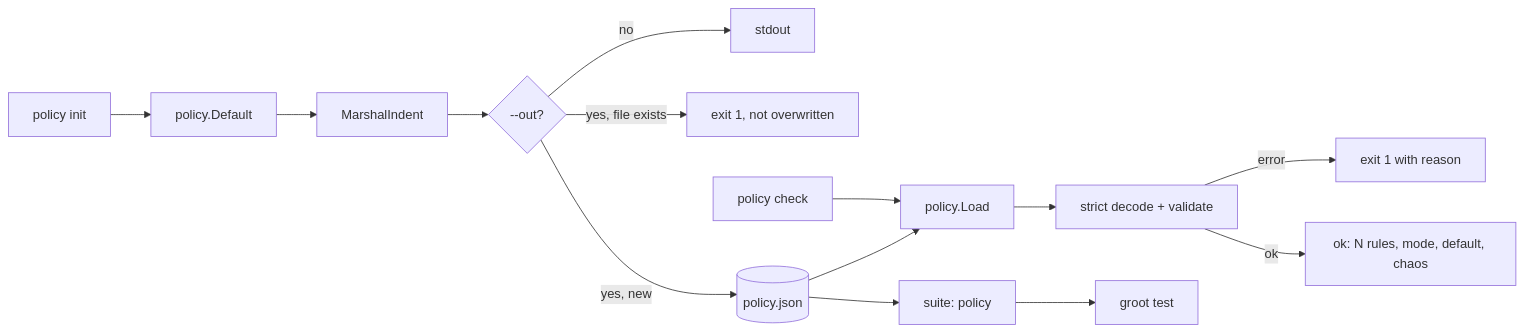
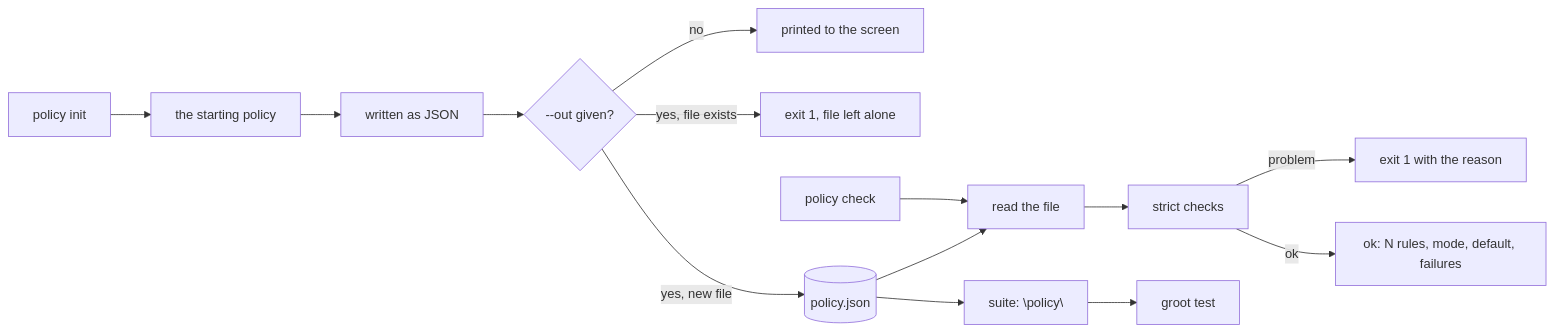
Before and after one commit to attckus/attckus: the diagram in docs/design/policy.md, drawn with Mermaid. The commit also changed other lines of this file and 9 other files, not shown here.

````diff
--- a/docs/design/policy.md
+++ b/docs/design/policy.md
@@ -16,15 +23,15 @@
 ```mermaid
 flowchart LR
-  init[policy init] --> def[policy.Default]
-  def --> json[MarshalIndent]
-  json --> dest{--out?}
-  dest -- no --> stdout
-  dest -- yes, file exists --> refuse[exit 1, not overwritten]
-  dest -- yes, new --> file[(policy.json)]
-  check[policy check] --> load[policy.Load]
+  init[policy init] --> def[the starting policy]
+  def --> json[written as JSON]
+  json --> dest{--out given?}
+  dest -- no --> stdout[printed to the screen]
+  dest -- yes, file exists --> refuse[exit 1, file left alone]
+  dest -- yes, new file --> file[(policy.json)]
+  check[policy check] --> load[read the file]
   file --> load
-  load --> val[strict decode + validate]
-  val -- error --> e1[exit 1 with reason]
-  val -- ok --> summary["ok: N rules, mode, default, chaos"]
-  file --> suite["suite: policy"] --> test[groot test]
+  load --> val[strict checks]
+  val -- problem --> e1[exit 1 with the reason]
+  val -- ok --> summary["ok: N rules, mode, default, failures"]
+  file --> suite["suite: \"policy\""] --> test[groot test]
 ```
````
